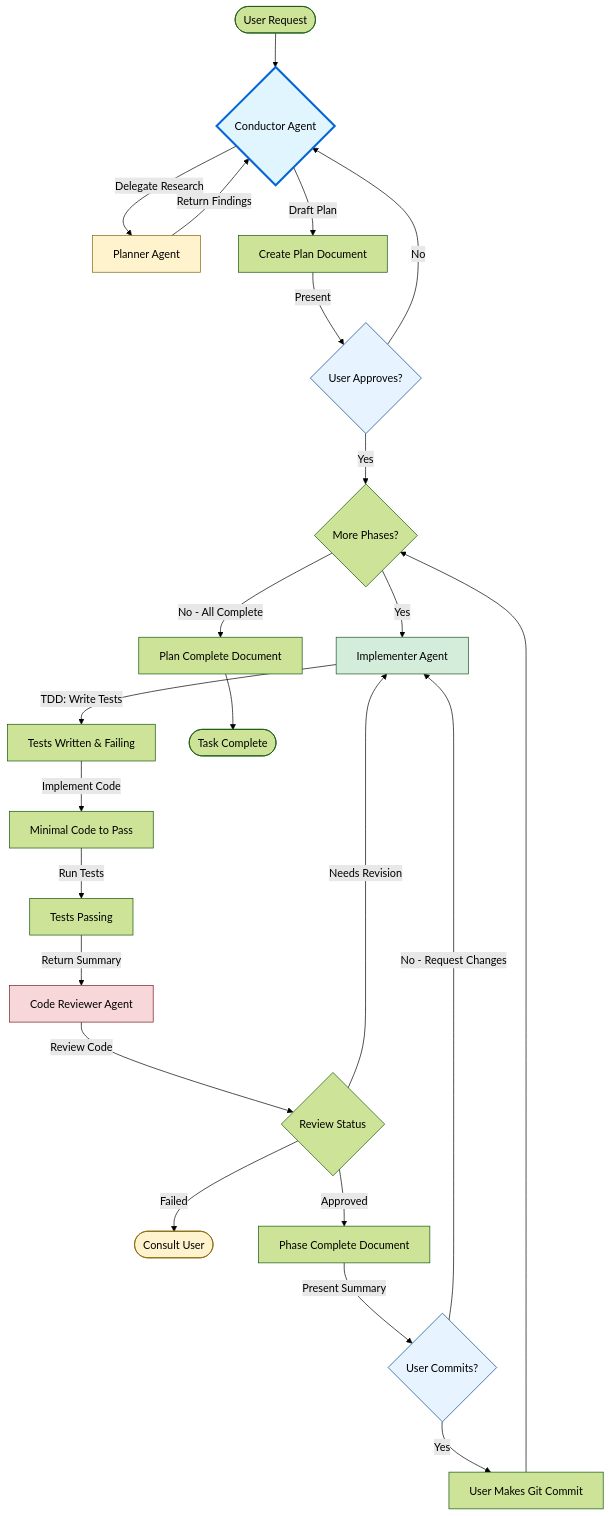
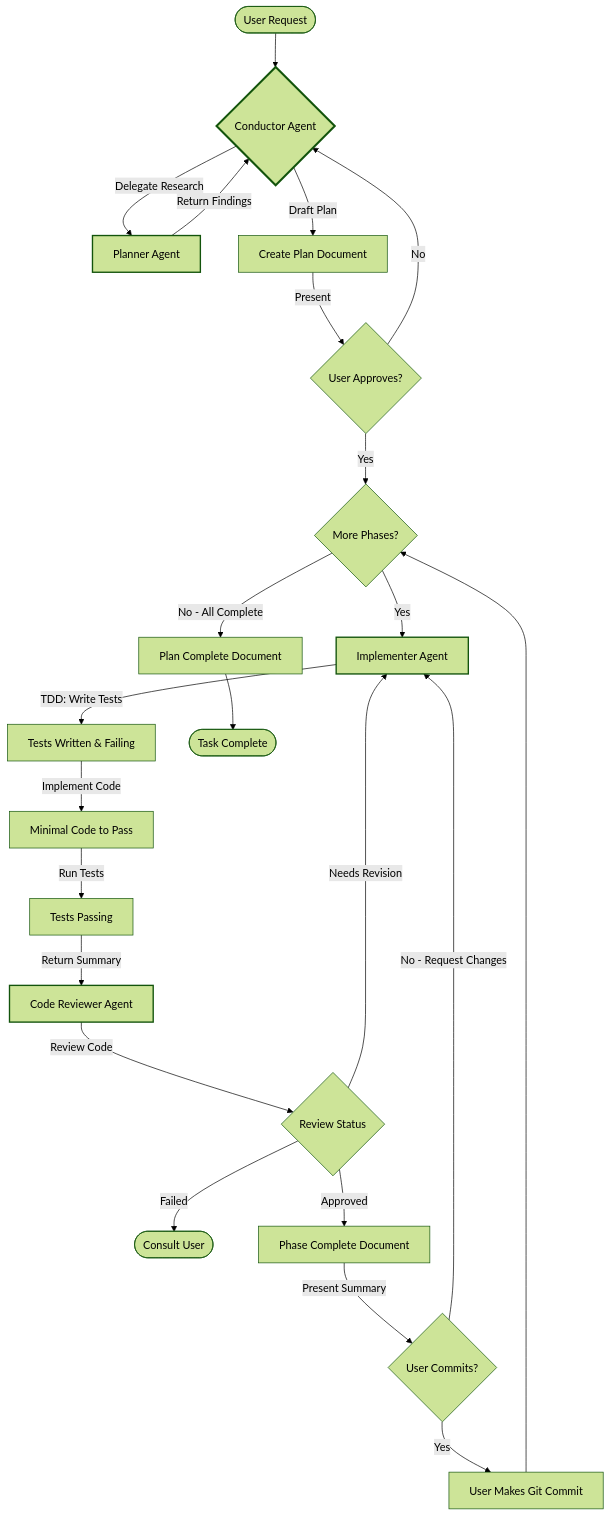
Before and after one commit to hyoaru/ghost-as-a-service: the diagram in README.md, drawn with Mermaid (forest theme).

Commit message:
style(docs): simplify mermaid diagram styling for theme compatibility
Remove color fills and stroke colors from the multi-agent workflow diagram. Use minimalist stroke-width-only styling that adapts to both dark and light modes automatically.

````diff
--- a/README.md
+++ b/README.md
@@ -27,39 +27,36 @@
 ```mermaid
 graph TD
     Start([User Request]) --> Conductor{Conductor Agent}
 
     Conductor -->|Delegate Research| Planner[Planner Agent]
     Planner -->|Return Findings| Conductor
 
     Conductor -->|Draft Plan| PlanDoc[Create Plan Document]
     PlanDoc -->|Present| UserApproval{User Approves?}
     UserApproval -->|No| Conductor
     UserApproval -->|Yes| PhaseLoop{More Phases?}
 
     PhaseLoop -->|Yes| Implementer[Implementer Agent]
     Implementer -->|TDD: Write Tests| TestFirst[Tests Written & Failing]
     TestFirst -->|Implement Code| CodeWritten[Minimal Code to Pass]
     CodeWritten -->|Run Tests| TestPass[Tests Passing]
     TestPass -->|Return Summary| Reviewer[Code Reviewer Agent]
 
     Reviewer -->|Review Code| ReviewDecision{Review Status}
     ReviewDecision -->|Needs Revision| Implementer
     ReviewDecision -->|Failed| UserConsult([Consult User])
     ReviewDecision -->|Approved| PhaseComplete[Phase Complete Document]
 
     PhaseComplete -->|Present Summary| UserCommit{User Commits?}
     UserCommit -->|No - Request Changes| Implementer
     UserCommit -->|Yes| GitCommit[User Makes Git Commit]
     GitCommit --> PhaseLoop
 
     PhaseLoop -->|No - All Complete| FinalReport[Plan Complete Document]
     FinalReport --> End([Task Complete])
 
-    style Conductor fill:#e1f5ff,stroke:#0366d6,stroke-width:3px
-    style Planner fill:#fff3cd,stroke:#856404
-    style Implementer fill:#d4edda,stroke:#155724
-    style Reviewer fill:#f8d7da,stroke:#721c24
-    style UserApproval fill:#e7f3ff,stroke:#004085
-    style UserCommit fill:#e7f3ff,stroke:#004085
-    style UserConsult fill:#fff3cd,stroke:#856404
+    style Conductor stroke-width:3px
+    style Planner stroke-width:2px
+    style Implementer stroke-width:2px
+    style Reviewer stroke-width:2px
 ```
````
